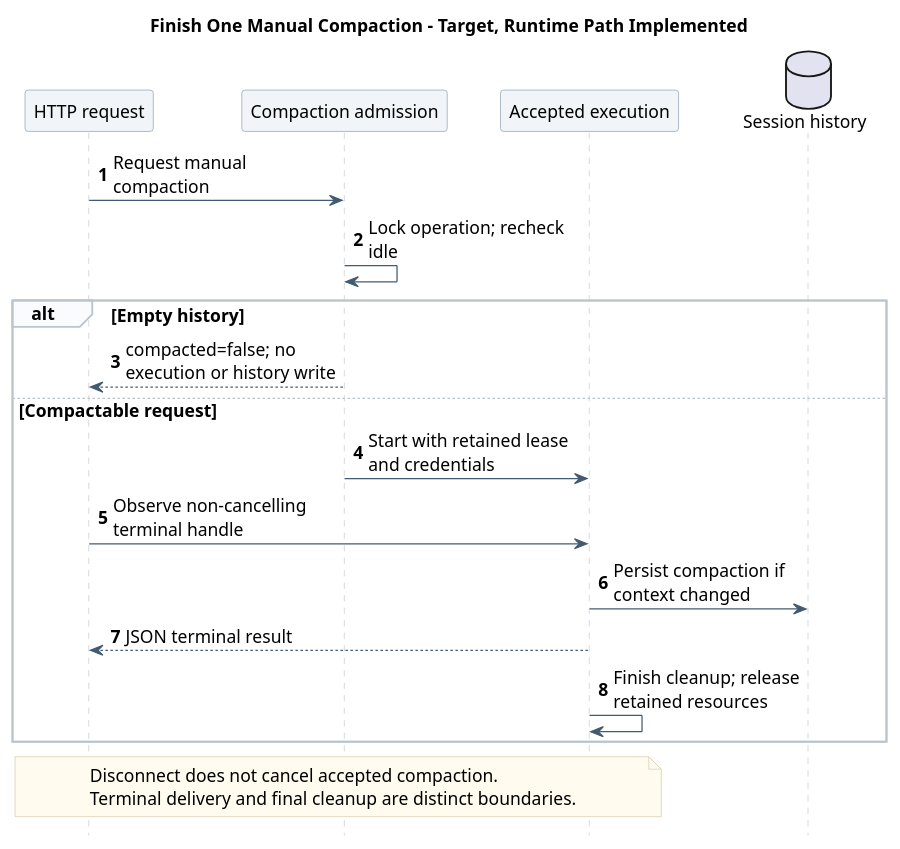
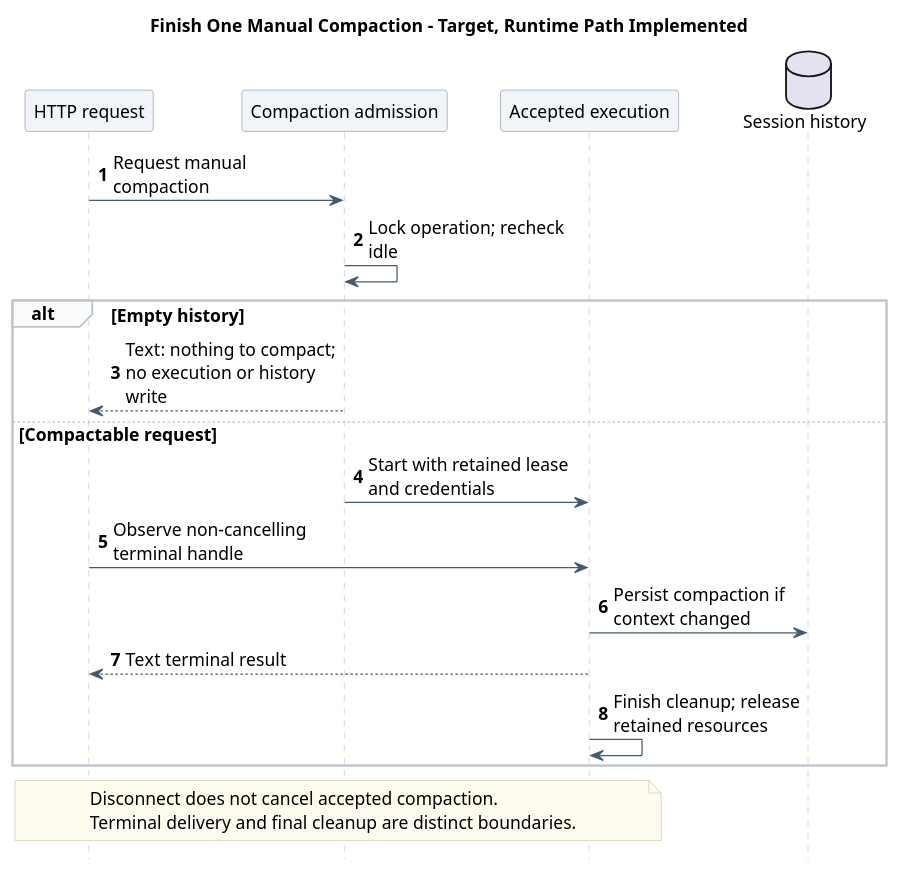
One commit to ssm0808/pi-mono-java-design changed the third of 3 diagrams in 01-总体架构/04-CampusClaw命令系统/01-内置命令/diagram.puml. Above: the diagram before and after it, drawn with PlantUML. The commit also changed other lines of this file and 71 other files, not shown here.

```diff
--- a/01-总体架构/04-CampusClaw命令系统/01-内置命令/diagram.puml
+++ b/01-总体架构/04-CampusClaw命令系统/01-内置命令/diagram.puml
@@ -110,43 +110,43 @@
 @startuml compact_command_execution
 ' Source evidence: pi-mono-java@d84dd3d6 modules/coding-agent-cli/src/main/java/com/campusclaw/codingagent/runtimeapi/event/RuntimeExecutionCoordinator.java.
 ' Source evidence: pi-mono-java@53eff85c modules/coding-agent-cli/src/main/java/com/campusclaw/codingagent/runtimeapi/compaction/RuntimeCompactionService.java start; Runtime Command compaction is connected.
 ' Architecture change: compact terminal Future is independent of Holder lifetime and request transport.
 ' Presentation: one responsibility-level scenario; implementation details remain in the linked document.
 skinparam backgroundColor white
 skinparam defaultFontName SansSerif
 skinparam defaultFontSize 14
 skinparam shadowing false
 skinparam sequenceMessageAlign left
 skinparam maxMessageSize 180
 skinparam sequenceArrowColor #425B70
 skinparam sequenceLifeLineBorderColor #BAC4CC
 skinparam sequenceParticipantBackgroundColor #F1F5F9
 skinparam sequenceParticipantBorderColor #8496A4
 skinparam sequenceGroupBackgroundColor #FAFBFC
 skinparam sequenceGroupBorderColor #BAC4CC
 skinparam noteBackgroundColor #FFFBEF
 skinparam noteBorderColor #D2C6A5
 hide footbox
 autonumber
 
 title Finish One Manual Compaction - Target, Runtime Path Implemented
 participant "HTTP request" as Http
 participant "Compaction admission" as Service
 participant "Accepted execution" as Execution
 database "Session history" as History
 Http -> Service : Request manual compaction
 Service -> Service : Lock operation; recheck idle
 alt Empty history
-  Service --> Http : compacted=false; no execution or history write
+  Service --> Http : Text: nothing to compact; no execution or history write
 else Compactable request
   Service -> Execution : Start with retained lease and credentials
   Http -> Execution : Observe non-cancelling terminal handle
   Execution -> History : Persist compaction if context changed
-  Execution --> Http : JSON terminal result
+  Execution --> Http : Text terminal result
   Execution -> Execution : Finish cleanup; release retained resources
 end
 note over Http,Execution
   Disconnect does not cancel accepted compaction.
   Terminal delivery and final cleanup are distinct boundaries.
 end note
 @enduml
```
